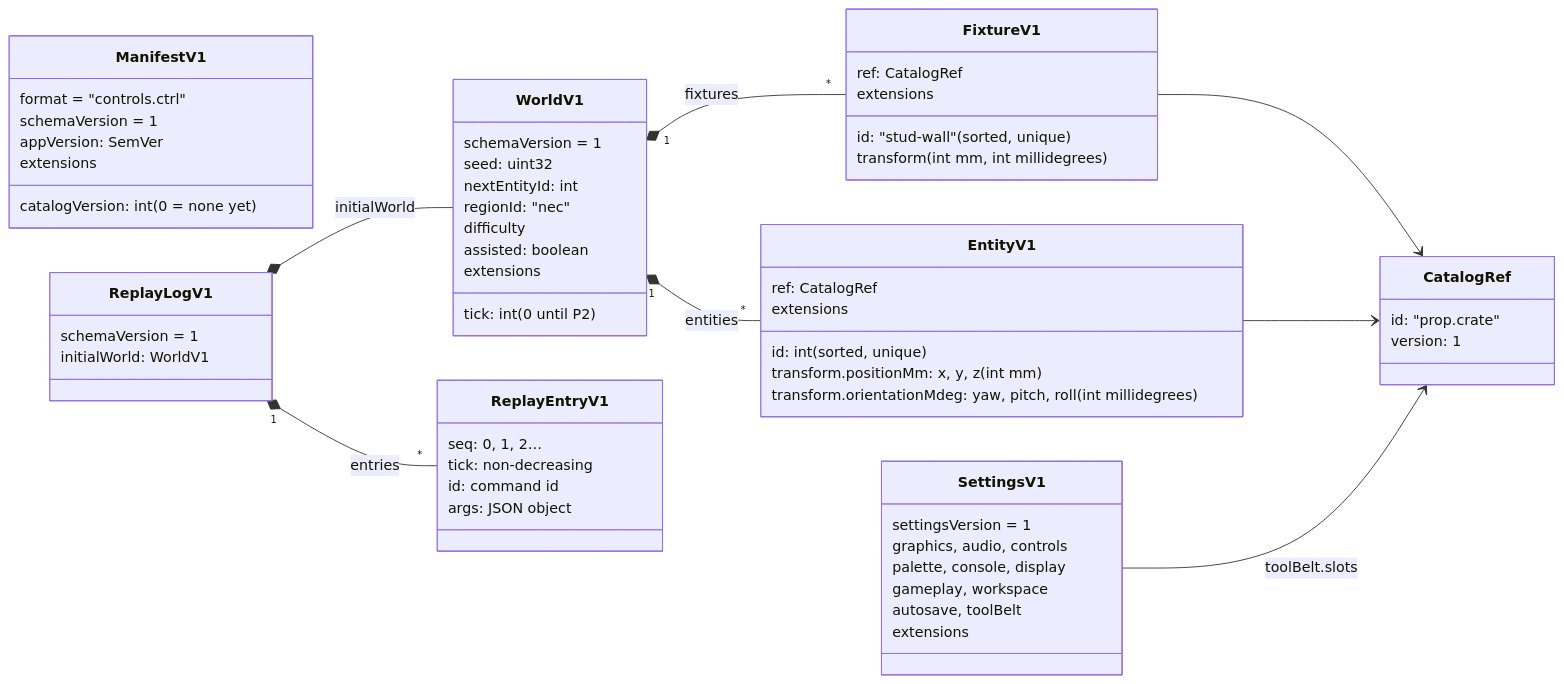
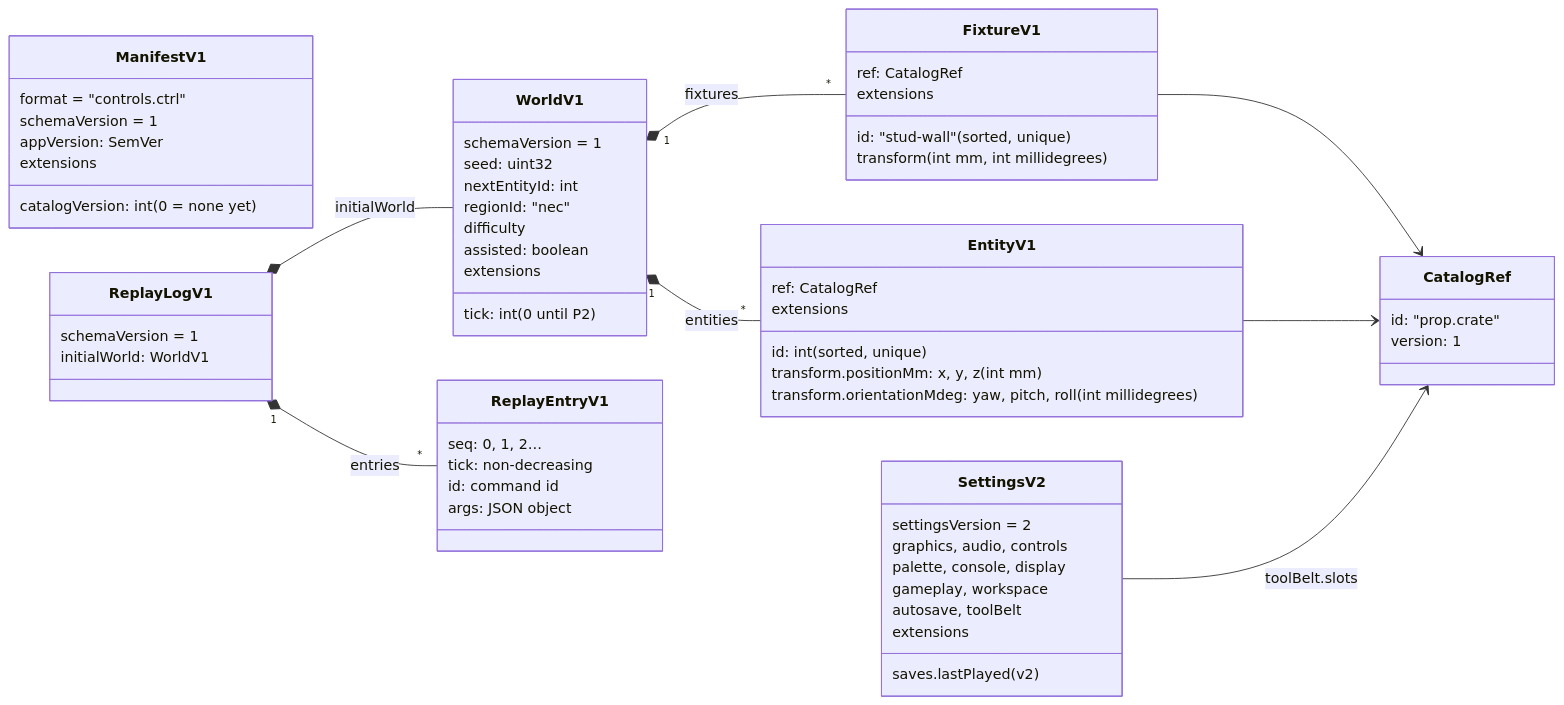
Before and after one commit to joebarbere/controls: the first of 10 diagrams in docs/architecture/world-and-saves.md, drawn with Mermaid. The commit also changed other lines of this file and 34 other files, not shown here.

First line of the commit message:
fix(saves): Continue resumes the game the player was last in (#25)

````diff
--- a/docs/architecture/world-and-saves.md
+++ b/docs/architecture/world-and-saves.md
@@ -9,63 +9,64 @@
 ```mermaid
 classDiagram
     direction LR
     class ManifestV1 {
         format = "controls.ctrl"
         schemaVersion = 1
         appVersion: SemVer
         catalogVersion: int (0 = none yet)
         extensions
     }
     class WorldV1 {
         schemaVersion = 1
         seed: uint32
         tick: int (0 until P2)
         nextEntityId: int
         regionId: "nec"
         difficulty
         assisted: boolean
         extensions
     }
     class FixtureV1 {
         id: "stud-wall" (sorted, unique)
         ref: CatalogRef
         transform (int mm, int millidegrees)
         extensions
     }
     class EntityV1 {
         id: int (sorted, unique)
         ref: CatalogRef
         transform.positionMm: x, y, z (int mm)
         transform.orientationMdeg: yaw, pitch, roll (int millidegrees)
         extensions
     }
     class CatalogRef {
         id: "prop.crate"
         version: 1
     }
     class ReplayLogV1 {
         schemaVersion = 1
         initialWorld: WorldV1
     }
     class ReplayEntryV1 {
         seq: 0, 1, 2…
         tick: non-decreasing
         id: command id
         args: JSON object
     }
-    class SettingsV1 {
-        settingsVersion = 1
+    class SettingsV2 {
+        settingsVersion = 2
         graphics, audio, controls
         palette, console, display
         gameplay, workspace
         autosave, toolBelt
+        saves.lastPlayed (v2)
         extensions
     }
     WorldV1 "1" *-- "*" FixtureV1 : fixtures
     WorldV1 "1" *-- "*" EntityV1 : entities
     FixtureV1 --> CatalogRef
     EntityV1 --> CatalogRef
     ReplayLogV1 *-- WorldV1 : initialWorld
     ReplayLogV1 "1" *-- "*" ReplayEntryV1 : entries
-    SettingsV1 --> CatalogRef : toolBelt.slots
+    SettingsV2 --> CatalogRef : toolBelt.slots
 ```
````
